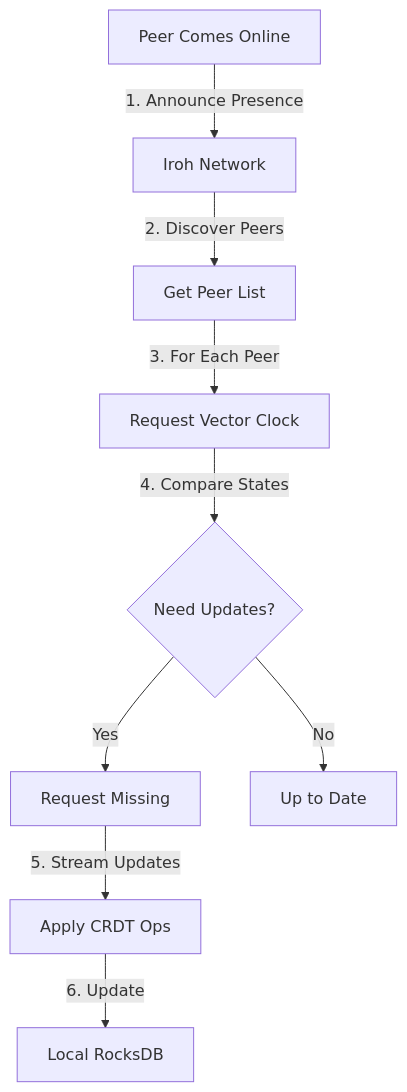
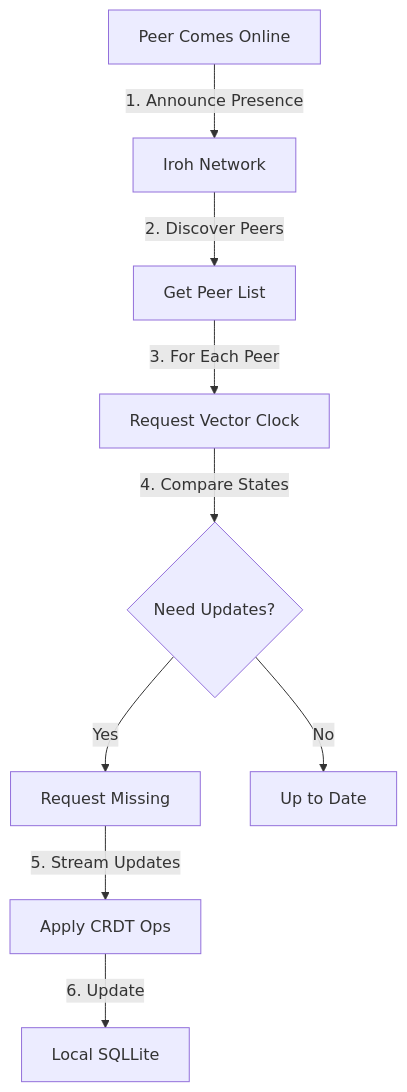
One commit to goldilocksfashion/dripp-backend changed the seventh of 13 diagrams in README.md. Above: the diagram before and after it, drawn with Mermaid. The commit also changed other lines of this file, not shown here.

````diff
--- a/README.md
+++ b/README.md
@@ -135,13 +134,13 @@
 ```mermaid
 graph TD
     A[Peer Comes Online] -->|1. Announce Presence| B[Iroh Network]
     B -->|2. Discover Peers| C[Get Peer List]
     C -->|3. For Each Peer| D[Request Vector Clock]
     D -->|4. Compare States| E{Need Updates?}
     
     E -->|Yes| F[Request Missing]
     E -->|No| G[Up to Date]
     
     F -->|5. Stream Updates| H[Apply CRDT Ops]
-    H -->|6. Update| I[Local RocksDB]
+    H -->|6. Update| I[Local SQLLite]
 ```
````
